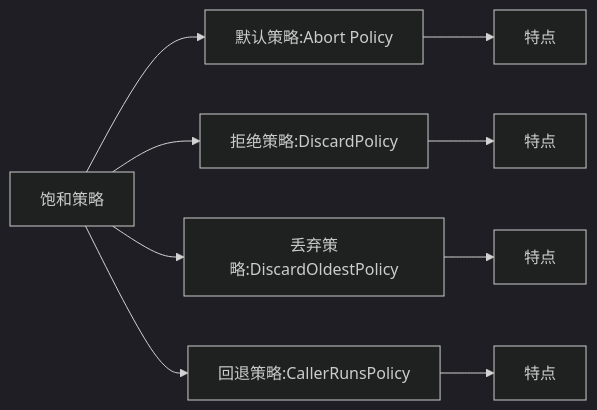
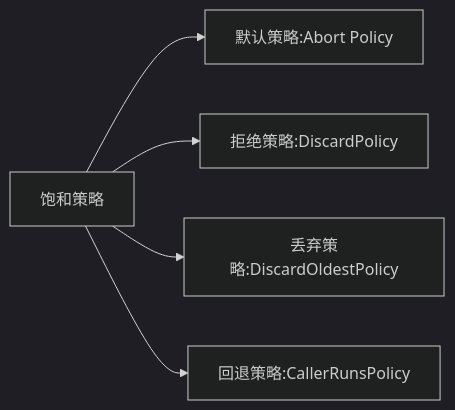
Before and after one commit to dashingqi/Note: the second of 2 diagrams in 技术/Java/并发/线程池之刨根问底.md, drawn with Mermaid (dark theme). The commit also changed other lines of this file and 5 other files, not shown here.

````diff
--- a/技术/Java/并发/线程池之刨根问底.md
+++ b/技术/Java/并发/线程池之刨根问底.md
@@ -273,13 +271,9 @@
 ```mermaid
 graph LR
 A[饱和策略]
 A --> B[默认策略:Abort Policy]
-B --> B1[特点]
 A --> C[拒绝策略:DiscardPolicy]
-C --> C1[特点]
 A --> D[丢弃策略:DiscardOldestPolicy]
-D --> D1[特点]
 A --> E[回退策略:CallerRunsPolicy]
-E --> E1[特点]
 %% 当线程池满的状态下新提交的任务将不会被线程池所调度会回退给调用线程池的线程去执行该任务
 ```
````
